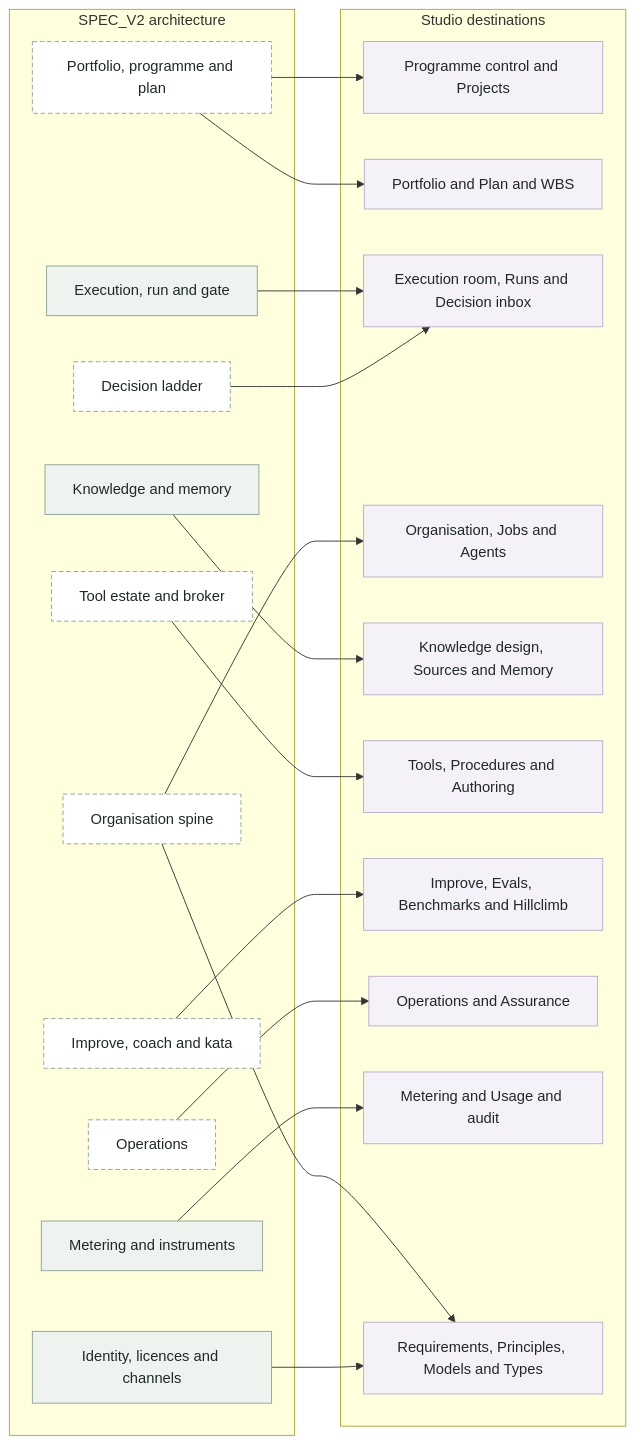
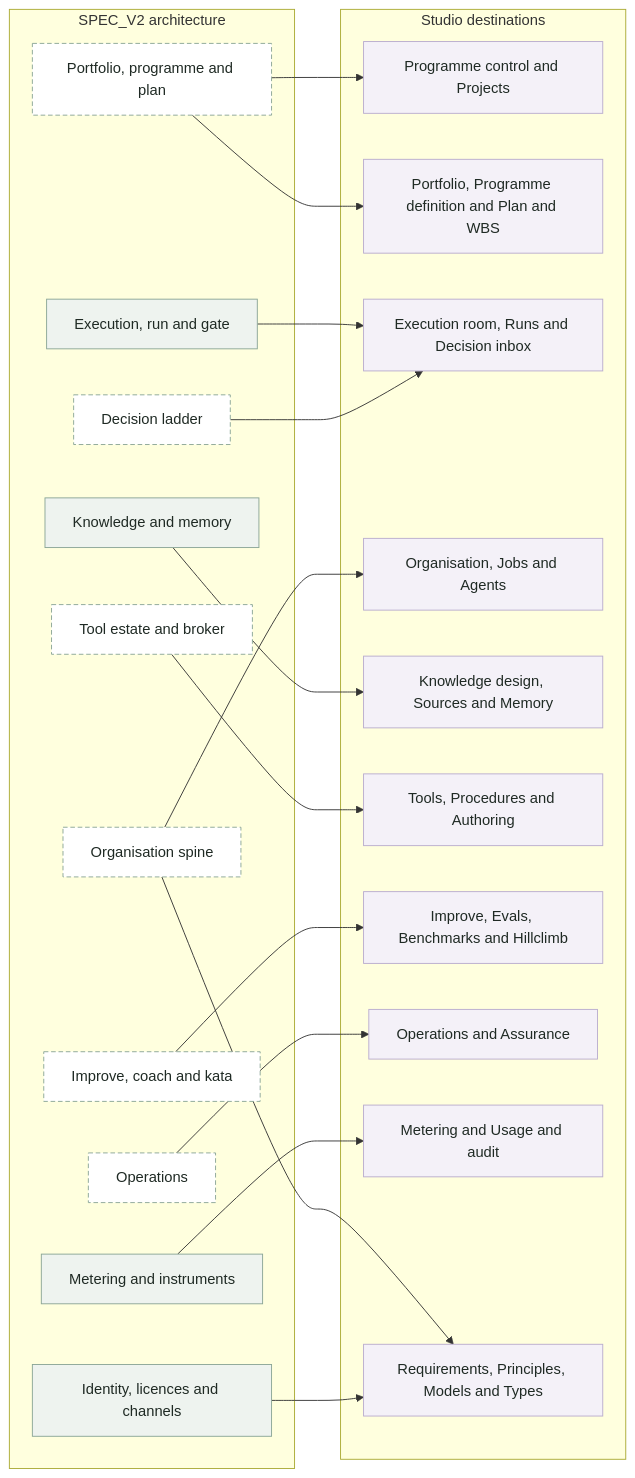
Before and after one commit to nonagenticai/conveyor: the diagram in docs/design/architecture/diagrams/ui-map.mmd, drawn with Mermaid. The commit also changed 17 other files, not shown here.

First line of the commit message:
programme: the MSP definition and benefits-realization layer (V2 + P0 + design study)

```diff
--- a/docs/design/architecture/diagrams/ui-map.mmd
+++ b/docs/design/architecture/diagrams/ui-map.mmd
@@ -1,40 +1,40 @@
 flowchart LR
   subgraph ARCH["SPEC_V2 architecture"]
     ORG["Organisation spine"]:::v2
     PLAN["Portfolio, programme and plan"]:::v2
     RUN["Execution, run and gate"]:::v1
     DEC["Decision ladder"]:::v2
     KM["Knowledge and memory"]:::v1
     TOOL["Tool estate and broker"]:::v2
     IMP["Improve, coach and kata"]:::v2
     OPS["Operations"]:::v2
     MET["Metering and instruments"]:::v1
     AUTH["Identity, licences and channels"]:::v1
   end
   subgraph UI["Studio destinations"]
     U1["Programme control and Projects"]:::ui
-    U2["Portfolio and Plan and WBS"]:::ui
+    U2["Portfolio, Programme definition and Plan and WBS"]:::ui
     U3["Execution room, Runs and Decision inbox"]:::ui
     U4["Organisation, Jobs and Agents"]:::ui
     U5["Knowledge design, Sources and Memory"]:::ui
     U6["Tools, Procedures and Authoring"]:::ui
     U7["Improve, Evals, Benchmarks and Hillclimb"]:::ui
     U8["Operations and Assurance"]:::ui
     U9["Metering and Usage and audit"]:::ui
     U10["Requirements, Principles, Models and Types"]:::ui
   end
   ORG --> U4
   ORG --> U10
   PLAN --> U1
   PLAN --> U2
   RUN --> U3
   DEC --> U3
   KM --> U5
   TOOL --> U6
   IMP --> U7
   OPS --> U8
   MET --> U9
   AUTH --> U10
   classDef v1 fill:#eef3ef,stroke:#8aa596,color:#1f2a24
   classDef v2 fill:#ffffff,stroke:#8aa596,stroke-dasharray:5 3,color:#1f2a24
   classDef ui fill:#f4f1f8,stroke:#b9acce,color:#1f2a24
```
